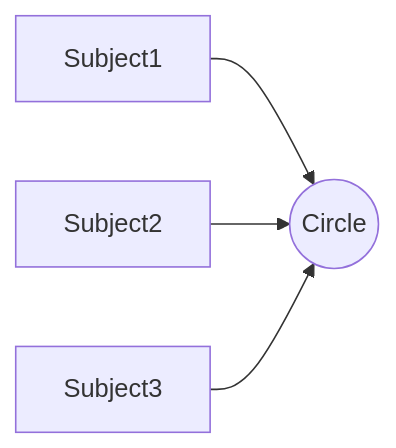
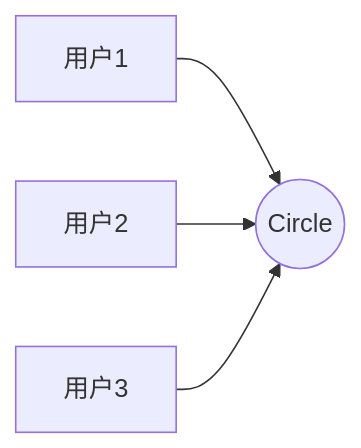
Before and after one commit to gZeyu/note: the diagram in 个人博客/note/RBAC模型的数据库设计.md, drawn with Mermaid. The commit also changed other lines of this file, not shown here.

Commit message:
个人博客/note/RBAC模型的数据库设计.md updated from https://stackedit.io/

````diff
--- a/个人博客/note/RBAC模型的数据库设计.md
+++ b/个人博客/note/RBAC模型的数据库设计.md
@@ -5,7 +5,7 @@
 ```mermaid
 graph LR
-Subject1[Subject1] --> B((Circle))
-Subject2[Subject2] --> B((Circle))
-Subject3[Subject3] --> B((Circle))
+U1[用户1] --> B((Circle))
+U2[用户2] --> B((Circle))
+U3[用户3] --> B((Circle))
 
 ```
````
